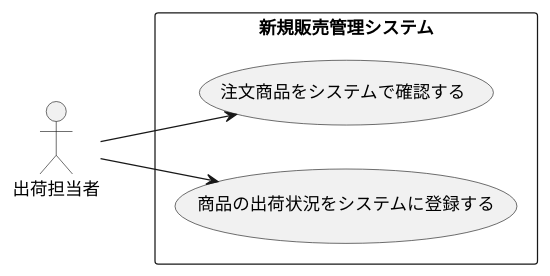
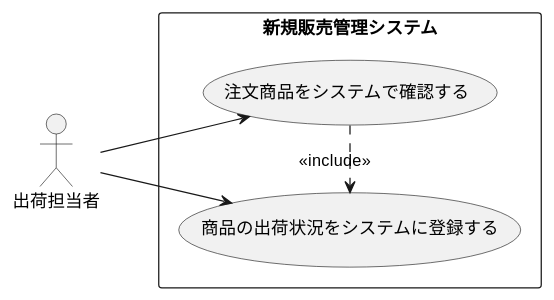
Before and after one commit to s-takaki22/uml-introduction: the diagram in 演習2-5_盛岡商事_販売管理システム.pu, drawn with PlantUML. The commit also changed 1 other file, not shown here.

```diff
--- a/演習2-5_盛岡商事_販売管理システム.pu
+++ b/演習2-5_盛岡商事_販売管理システム.pu
@@ -1,10 +1,11 @@
 @startuml
 left to right direction
 actor 出荷担当者
 rectangle 新規販売管理システム{
 usecase 注文商品をシステムで確認する
 usecase 商品の出荷状況をシステムに登録する
 }
+注文商品をシステムで確認する .> 商品の出荷状況をシステムに登録する : <<include>>
+出荷担当者 --> 商品の出荷状況をシステムに登録する
 出荷担当者 --> 注文商品をシステムで確認する
-商品の出荷状況をシステムに登録する <-- 出荷担当者
 @enduml
```
